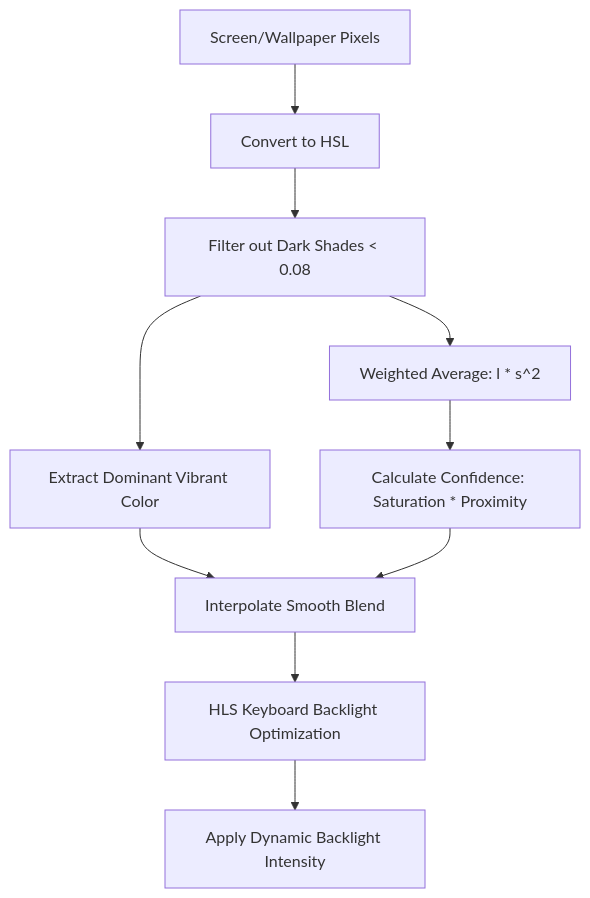
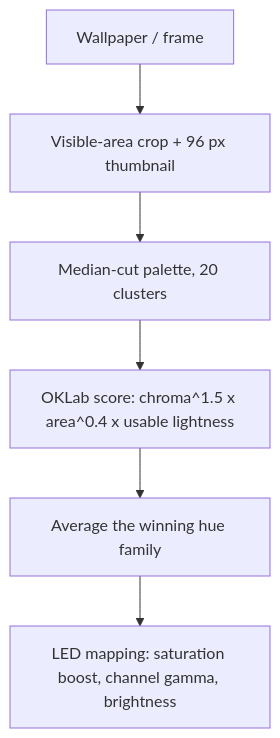
One commit to Meoclavez/plasma-backlight-control changed the diagram in README.md. Above: the diagram before and after it, drawn with Mermaid. The commit also changed other lines of this file and 8 other files, not shown here.

````diff
--- a/README.md
+++ b/README.md
@@ -66,12 +30,8 @@
 ```mermaid
 graph TD
-    A[Screen/Wallpaper Pixels] --> B[Convert to HSL]
-    B --> C[Filter out Dark Shades < 0.08]
-    C --> D[Weighted Average: l * s^2]
-    C --> E[Extract Dominant Vibrant Color]
-    D --> F[Calculate Confidence: Saturation * Proximity]
-    E --> G[Interpolate Smooth Blend]
-    F --> G
-    G --> H[HLS Keyboard Backlight Optimization]
-    H --> I[Apply Dynamic Backlight Intensity]
+    A[Wallpaper / frame] --> B[Visible-area crop + 96 px thumbnail]
+    B --> C[Median-cut palette, 20 clusters]
+    C --> D[OKLab score: chroma^1.5 x area^0.4 x usable lightness]
+    D --> E[Average the winning hue family]
+    E --> F[LED mapping: saturation boost, channel gamma, brightness]
 ```
````
